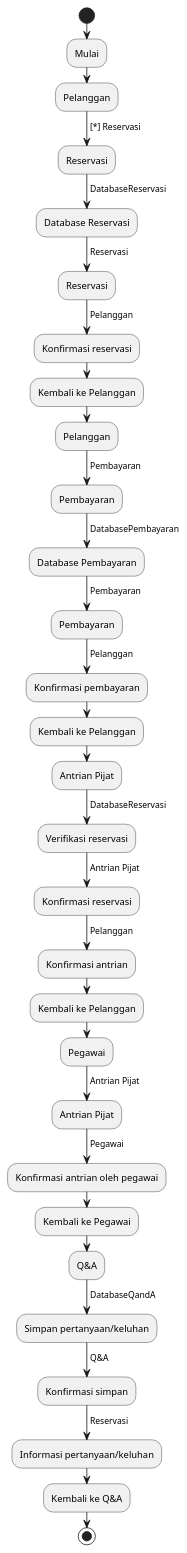
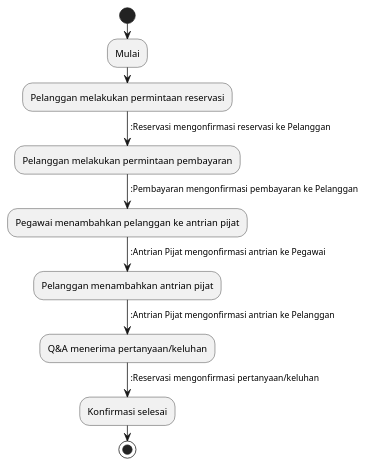
One commit to ZIDANIDROS/BelajarBackend changed the diagram in UML/rpl.plantuml. Above: the diagram before and after it, drawn with PlantUML.

```diff
--- a/UML/rpl.plantuml
+++ b/UML/rpl.plantuml
@@ -1,53 +1,35 @@
 @startuml
 start
+
 :Mulai;
 
-:Pelanggan;
--> [*] Reservasi;
-:Reservasi;
--> DatabaseReservasi;
-:Database Reservasi;
--> Reservasi;
-:Reservasi;
--> Pelanggan;
-:Konfirmasi reservasi;
-:Kembali ke Pelanggan;
+:Pelanggan melakukan permintaan reservasi;
+-> :Reservasi memeriksa ketersediaan;
+-> :Reservasi menyimpan data ke Database Reservasi;
+-> :Database Reservasi mengonfirmasi penyimpanan data;
+-> :Reservasi mengonfirmasi reservasi ke Pelanggan;
 
-:Pelanggan;
--> Pembayaran;
-:Pembayaran;
--> DatabasePembayaran;
-:Database Pembayaran;
--> Pembayaran;
-:Pembayaran;
--> Pelanggan;
-:Konfirmasi pembayaran;
-:Kembali ke Pelanggan;
+:Pelanggan melakukan permintaan pembayaran;
+-> :Pembayaran memproses permintaan;
+-> :Pembayaran menyimpan data ke Database Pembayaran;
+-> :Database Pembayaran mengonfirmasi penyimpanan data;
+-> :Pembayaran mengonfirmasi pembayaran ke Pelanggan;
 
-:Antrian Pijat;
--> DatabaseReservasi;
-:Verifikasi reservasi;
--> Antrian Pijat;
-:Konfirmasi reservasi;
--> Pelanggan;
-:Konfirmasi antrian;
-:Kembali ke Pelanggan;
+:Pegawai menambahkan pelanggan ke antrian pijat;
+-> :Antrian Pijat menyimpan data ke Database Reservasi;
+-> :Database Reservasi mengonfirmasi penyimpanan data;
+-> :Antrian Pijat mengonfirmasi antrian ke Pegawai;
 
-:Pegawai;
--> Antrian Pijat;
-:Antrian Pijat;
--> Pegawai;
-:Konfirmasi antrian oleh pegawai;
-:Kembali ke Pegawai;
+:Pelanggan menambahkan antrian pijat;
+-> :Antrian Pijat mengonfirmasi antrian ke Pelanggan;
 
-:Q&A;
--> DatabaseQandA;
-:Simpan pertanyaan/keluhan;
--> Q&A;
-:Konfirmasi simpan;
--> Reservasi;
-:Informasi pertanyaan/keluhan;
-:Kembali ke Q&A;
+:Q&A menerima pertanyaan/keluhan;
+-> :Q&A menyimpan data ke Database Q&A;
+-> :Database Q&A mengonfirmasi penyimpanan data;
+-> :Q&A mengonfirmasi ke Reservasi;
+-> :Reservasi mengonfirmasi pertanyaan/keluhan;
+
+:Konfirmasi selesai;
 
 stop
 @enduml
```
